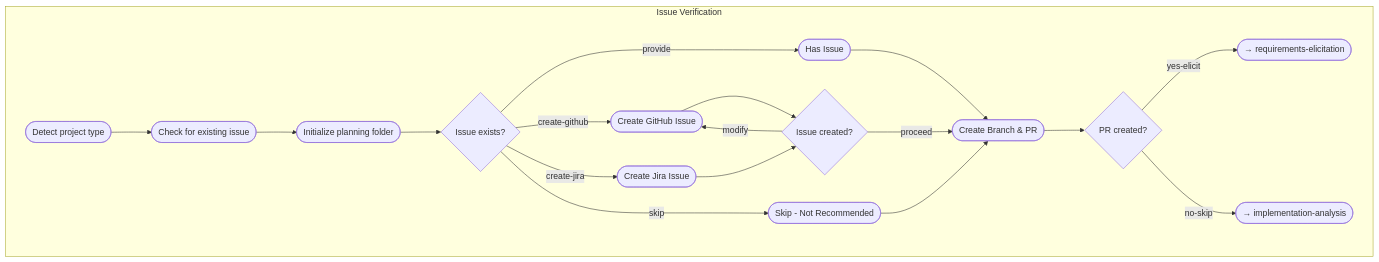
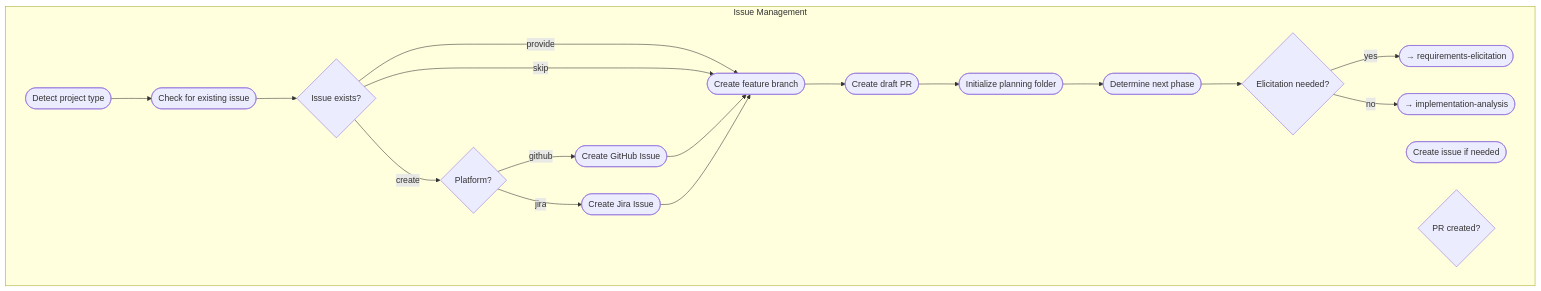
Before and after one commit to m2ux/workflow-server: the second of 12 diagrams in work-package/README.md, drawn with Mermaid. The commit also changed other lines of this file and 2 other files, not shown here.

Commit message:
docs: update READMEs and skill examples for issue-management rename
- Update work-package/README.md with issue-management activity name
- Update Mermaid diagrams to reflect new activity structure
- Update skill examples in meta/skills/ to use issue-management

````diff
--- a/work-package/README.md
+++ b/work-package/README.md
@@ -87,30 +87,33 @@
 ```mermaid
 graph TD
-    subgraph issue-verification[Issue Verification]
+    subgraph issue-management[Issue Management]
         s1([Detect project type])
         s2([Check for existing issue])
-        s3([Initialize planning folder])
+        s3([Create issue if needed])
+        s4([Create feature branch])
+        s5([Create draft PR])
+        s6([Initialize planning folder])
+        s7([Determine next phase])
         
         cp1{Issue exists?}
-        cp2{Issue created?}
+        cp2{Platform?}
         cp3{PR created?}
+        cp4{Elicitation needed?}
         
-        s1 --> s2 --> s3 --> cp1
-        cp1 -->|provide| HasIssue([Has Issue])
-        cp1 -->|create-github| CreateGH([Create GitHub Issue])
-        cp1 -->|create-jira| CreateJira([Create Jira Issue])
-        cp1 -->|skip| Skip([Skip - Not Recommended])
+        s1 --> s2 --> cp1
+        cp1 -->|provide| s4
+        cp1 -->|create| cp2
+        cp1 -->|skip| s4
         
-        CreateGH --> cp2
-        CreateJira --> cp2
-        cp2 -->|proceed| CreatePR([Create Branch & PR])
-        cp2 -->|modify| CreateGH
+        cp2 -->|github| CreateGH([Create GitHub Issue])
+        cp2 -->|jira| CreateJira([Create Jira Issue])
         
-        HasIssue --> CreatePR
-        Skip --> CreatePR
-        CreatePR --> cp3
+        CreateGH --> s4
+        CreateJira --> s4
         
-        cp3 -->|yes-elicit| Next1([→ requirements-elicitation])
-        cp3 -->|no-skip| Next2([→ implementation-analysis])
+        s4 --> s5 --> s6 --> s7 --> cp4
+        
+        cp4 -->|yes| Next1([→ requirements-elicitation])
+        cp4 -->|no| Next2([→ implementation-analysis])
     end
 ```
````
